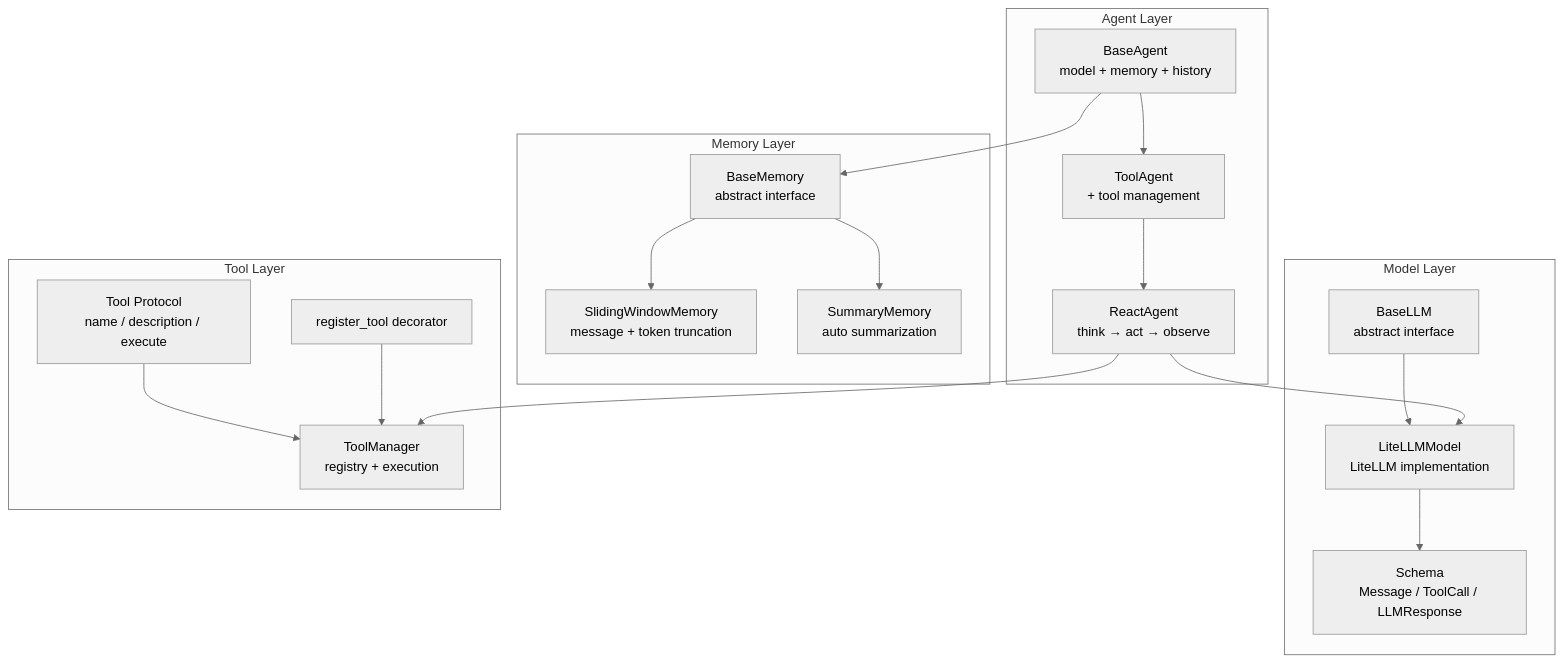
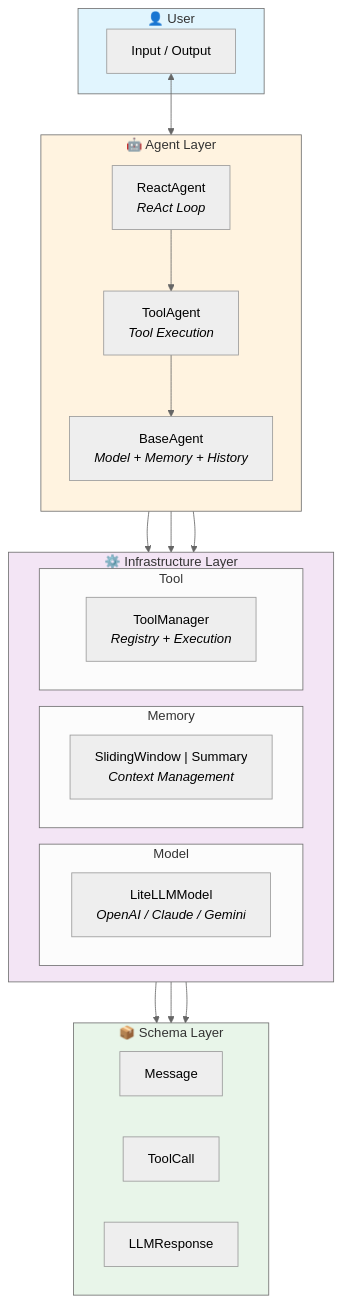
Before and after one commit to SNHuan/EasyAgent: the first of 2 diagrams in README.md, drawn with Mermaid (neutral theme).

````diff
--- a/README.md
+++ b/README.md
@@ -28,37 +28,47 @@
 ```mermaid
-graph TB
-    subgraph Agent Layer
-        BA[BaseAgent<br/>model + memory + history]
-        TA[ToolAgent<br/>+ tool management]
-        RA[ReactAgent<br/>think → act → observe]
-        BA --> TA --> RA
+flowchart TB
+    subgraph UserLayer["👤 User"]
+        Input["Input / Output"]
     end
 
-    subgraph Model Layer
-        BL[BaseLLM<br/>abstract interface]
-        LM[LiteLLMModel<br/>LiteLLM implementation]
-        SC[Schema<br/>Message / ToolCall / LLMResponse]
-        BL --> LM
+    subgraph AgentLayer["🤖 Agent Layer"]
+        direction TB
+        RA["ReactAgent<br/><i>ReAct Loop</i>"]
+        TA["ToolAgent<br/><i>Tool Execution</i>"]
+        BA["BaseAgent<br/><i>Model + Memory + History</i>"]
+        RA --> TA --> BA
     end
 
-    subgraph Memory Layer
-        BM[BaseMemory<br/>abstract interface]
-        SW[SlidingWindowMemory<br/>message + token truncation]
-        SM[SummaryMemory<br/>auto summarization]
-        BM --> SW
-        BM --> SM
+    subgraph InfraLayer["⚙️ Infrastructure Layer"]
+        direction LR
+        subgraph ModelMod["Model"]
+            LLM["LiteLLMModel<br/><i>OpenAI / Claude / Gemini</i>"]
+        end
+        subgraph MemoryMod["Memory"]
+            MEM["SlidingWindow | Summary<br/><i>Context Management</i>"]
+        end
+        subgraph ToolMod["Tool"]
+            TM["ToolManager<br/><i>Registry + Execution</i>"]
+        end
     end
 
-    subgraph Tool Layer
-        TP[Tool Protocol<br/>name / description / execute]
-        TM[ToolManager<br/>registry + execution]
-        RT[register_tool decorator]
-        TP --> TM
-        RT --> TM
+    subgraph SchemaLayer["📦 Schema Layer"]
+        direction LR
+        MSG["Message"]
+        TC["ToolCall"]
+        RESP["LLMResponse"]
     end
 
-    RA --> LM
+    Input <--> RA
+    BA --> MEM
+    RA --> LLM
     RA --> TM
-    BA --> BM
-    LM --> SC
+    LLM --> MSG
+    LLM --> RESP
+    TM --> TC
+
+    style UserLayer fill:#e1f5fe
+    style AgentLayer fill:#fff3e0
+    style InfraLayer fill:#f3e5f5
+    style SchemaLayer fill:#e8f5e9
 ```
````
